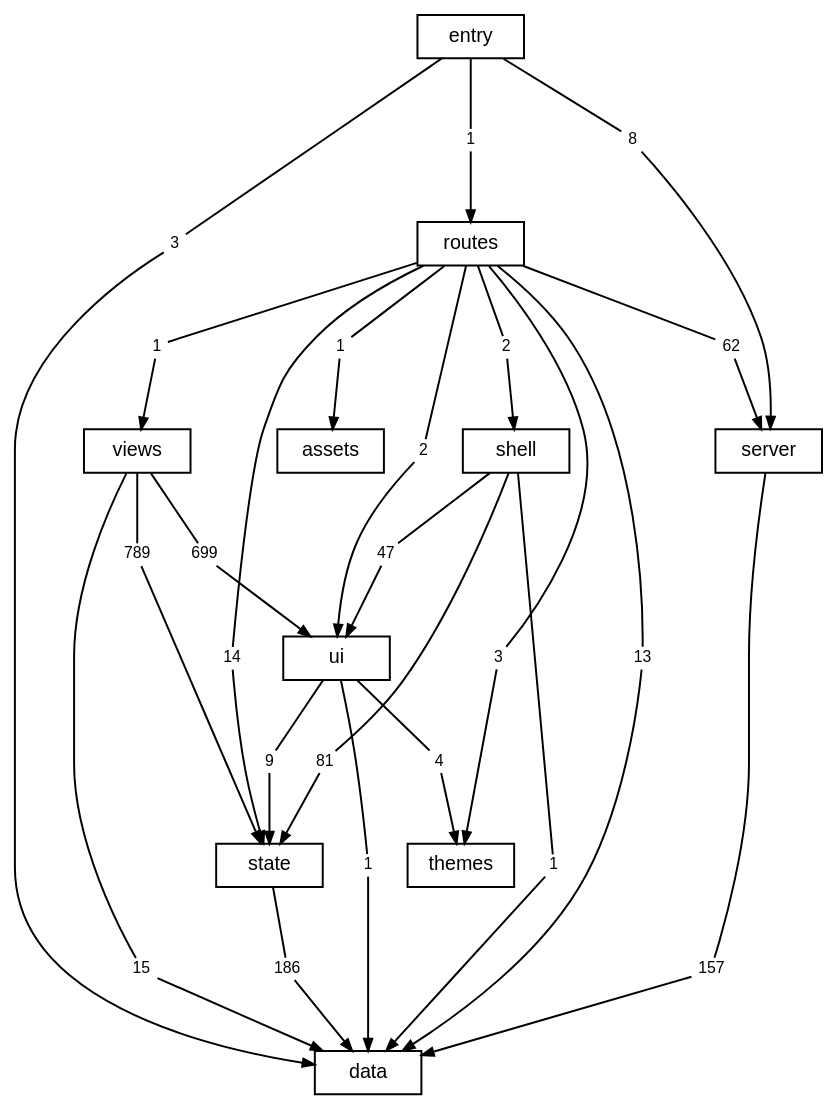
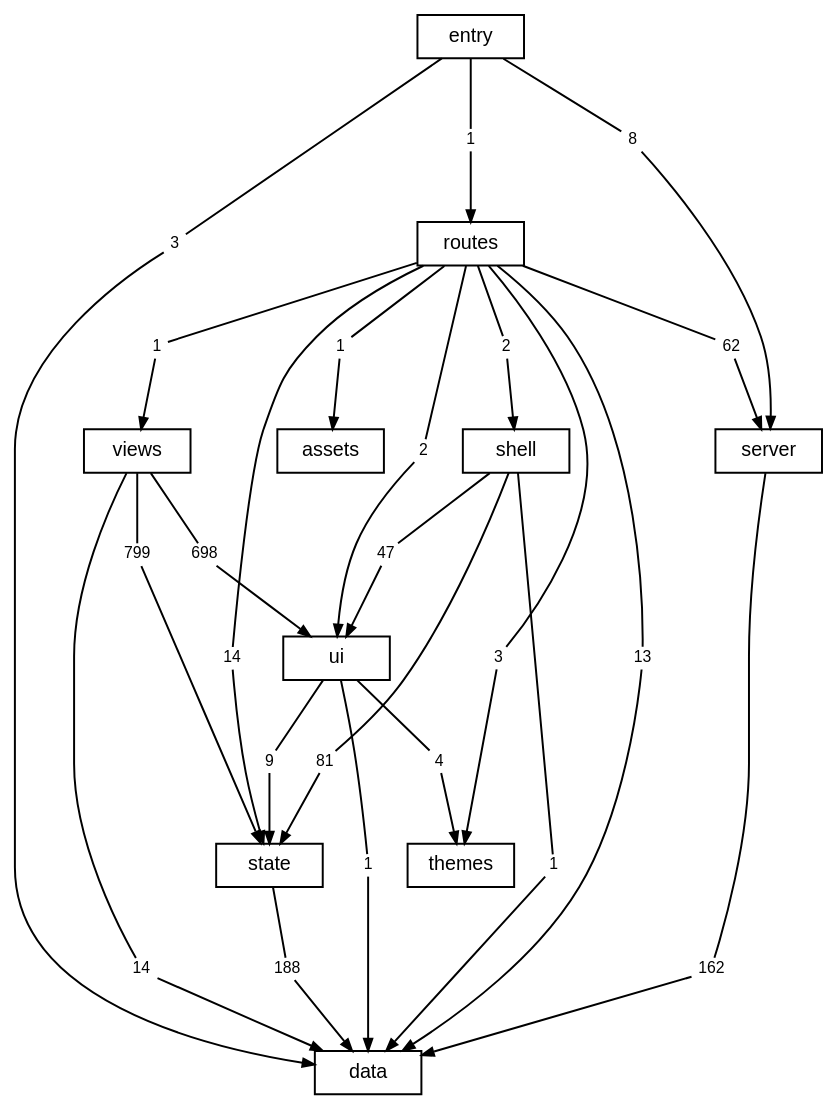
One commit to TheAxeC/oculus changed the diagram in docs/diagrams/layers.dot. Above: the diagram before and after it, drawn with Graphviz. The commit also changed 136 other files, not shown here.

```diff
--- a/docs/diagrams/layers.dot
+++ b/docs/diagrams/layers.dot
@@ -1,81 +1,81 @@
 digraph layers {
     graph [bgcolor="transparent", rankdir=TB, newrank=true, fontname="Helvetica,Arial,sans-serif", fontsize=12, nodesep=0.2, ranksep=0.5];
     node [shape=box, color="black", fontcolor="black", fontname="Helvetica,Arial,sans-serif", fontsize=10, height=0.3, margin="0.12,0.04"];
     edge [color="black", fontcolor="black", fontname="Helvetica,Arial,sans-serif", fontsize=8, arrowsize=0.6];
     "data";
     "server";
     "state";
     "ui";
     "shell";
     "views";
     "themes";
     "routes";
     "src" [label="entry"];
     "files: assets" [label="assets"];
     "routes to data" [label="13", shape=box, color="transparent", fontsize=8, width=0, height=0, margin="0.04,0.02"];
     "routes" -> "routes to data" [arrowhead=none];
     "routes to data" -> "data" [];
     "routes to files: assets" [label="1", shape=box, color="transparent", fontsize=8, width=0, height=0, margin="0.04,0.02"];
     "routes" -> "routes to files: assets" [arrowhead=none];
     "routes to files: assets" -> "files: assets" [];
     "routes to server" [label="62", shape=box, color="transparent", fontsize=8, width=0, height=0, margin="0.04,0.02"];
     "routes" -> "routes to server" [arrowhead=none];
     "routes to server" -> "server" [];
     "routes to shell" [label="2", shape=box, color="transparent", fontsize=8, width=0, height=0, margin="0.04,0.02"];
     "routes" -> "routes to shell" [arrowhead=none];
     "routes to shell" -> "shell" [];
     "routes to state" [label="14", shape=box, color="transparent", fontsize=8, width=0, height=0, margin="0.04,0.02"];
     "routes" -> "routes to state" [arrowhead=none];
     "routes to state" -> "state" [];
     "routes to themes" [label="3", shape=box, color="transparent", fontsize=8, width=0, height=0, margin="0.04,0.02"];
     "routes" -> "routes to themes" [arrowhead=none];
     "routes to themes" -> "themes" [];
     "routes to ui" [label="2", shape=box, color="transparent", fontsize=8, width=0, height=0, margin="0.04,0.02"];
     "routes" -> "routes to ui" [arrowhead=none];
     "routes to ui" -> "ui" [];
     "routes to views" [label="1", shape=box, color="transparent", fontsize=8, width=0, height=0, margin="0.04,0.02"];
     "routes" -> "routes to views" [arrowhead=none];
     "routes to views" -> "views" [];
-    "server to data" [label="157", shape=box, color="transparent", fontsize=8, width=0, height=0, margin="0.04,0.02"];
+    "server to data" [label="162", shape=box, color="transparent", fontsize=8, width=0, height=0, margin="0.04,0.02"];
     "server" -> "server to data" [arrowhead=none];
     "server to data" -> "data" [];
     "shell to data" [label="1", shape=box, color="transparent", fontsize=8, width=0, height=0, margin="0.04,0.02"];
     "shell" -> "shell to data" [arrowhead=none];
     "shell to data" -> "data" [];
     "shell to state" [label="81", shape=box, color="transparent", fontsize=8, width=0, height=0, margin="0.04,0.02"];
     "shell" -> "shell to state" [arrowhead=none];
     "shell to state" -> "state" [];
     "shell to ui" [label="47", shape=box, color="transparent", fontsize=8, width=0, height=0, margin="0.04,0.02"];
     "shell" -> "shell to ui" [arrowhead=none];
     "shell to ui" -> "ui" [];
     "src to data" [label="3", shape=box, color="transparent", fontsize=8, width=0, height=0, margin="0.04,0.02"];
     "src" -> "src to data" [arrowhead=none];
     "src to data" -> "data" [];
     "src to routes" [label="1", shape=box, color="transparent", fontsize=8, width=0, height=0, margin="0.04,0.02"];
     "src" -> "src to routes" [arrowhead=none];
     "src to routes" -> "routes" [];
     "src to server" [label="8", shape=box, color="transparent", fontsize=8, width=0, height=0, margin="0.04,0.02"];
     "src" -> "src to server" [arrowhead=none];
     "src to server" -> "server" [];
-    "state to data" [label="186", shape=box, color="transparent", fontsize=8, width=0, height=0, margin="0.04,0.02"];
+    "state to data" [label="188", shape=box, color="transparent", fontsize=8, width=0, height=0, margin="0.04,0.02"];
     "state" -> "state to data" [arrowhead=none];
     "state to data" -> "data" [];
     "ui to data" [label="1", shape=box, color="transparent", fontsize=8, width=0, height=0, margin="0.04,0.02"];
     "ui" -> "ui to data" [arrowhead=none];
     "ui to data" -> "data" [];
     "ui to state" [label="9", shape=box, color="transparent", fontsize=8, width=0, height=0, margin="0.04,0.02"];
     "ui" -> "ui to state" [arrowhead=none];
     "ui to state" -> "state" [];
     "ui to themes" [label="4", shape=box, color="transparent", fontsize=8, width=0, height=0, margin="0.04,0.02"];
     "ui" -> "ui to themes" [arrowhead=none];
     "ui to themes" -> "themes" [];
-    "views to data" [label="15", shape=box, color="transparent", fontsize=8, width=0, height=0, margin="0.04,0.02"];
+    "views to data" [label="14", shape=box, color="transparent", fontsize=8, width=0, height=0, margin="0.04,0.02"];
     "views" -> "views to data" [arrowhead=none];
     "views to data" -> "data" [];
-    "views to state" [label="789", shape=box, color="transparent", fontsize=8, width=0, height=0, margin="0.04,0.02"];
+    "views to state" [label="799", shape=box, color="transparent", fontsize=8, width=0, height=0, margin="0.04,0.02"];
     "views" -> "views to state" [arrowhead=none];
     "views to state" -> "state" [];
-    "views to ui" [label="699", shape=box, color="transparent", fontsize=8, width=0, height=0, margin="0.04,0.02"];
+    "views to ui" [label="698", shape=box, color="transparent", fontsize=8, width=0, height=0, margin="0.04,0.02"];
     "views" -> "views to ui" [arrowhead=none];
     "views to ui" -> "ui" [];
 }
```
